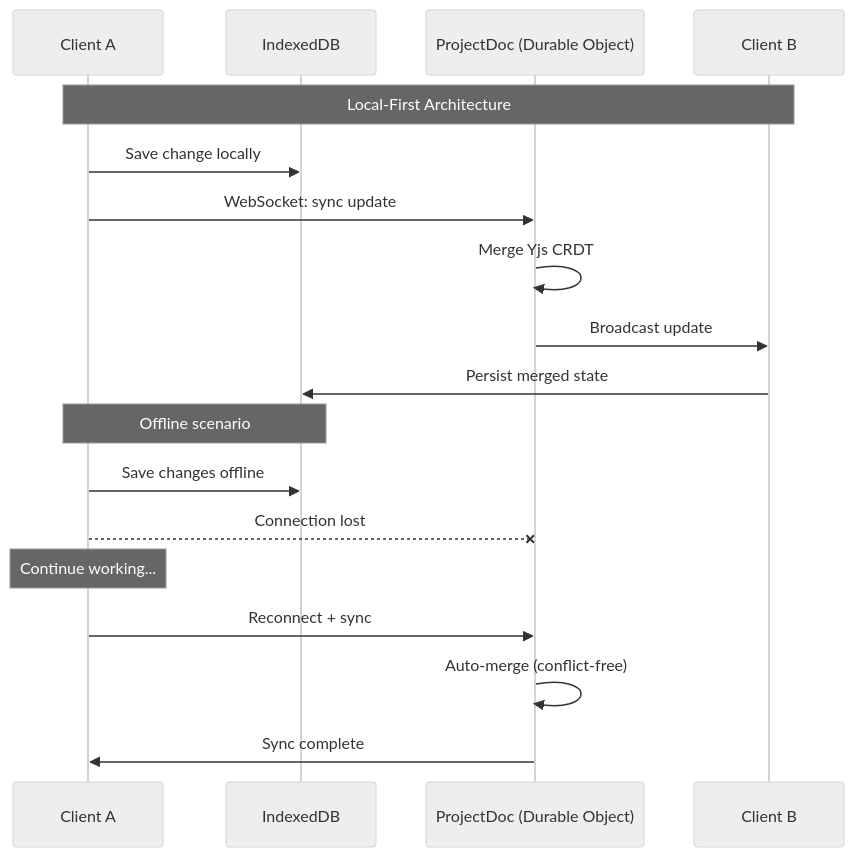
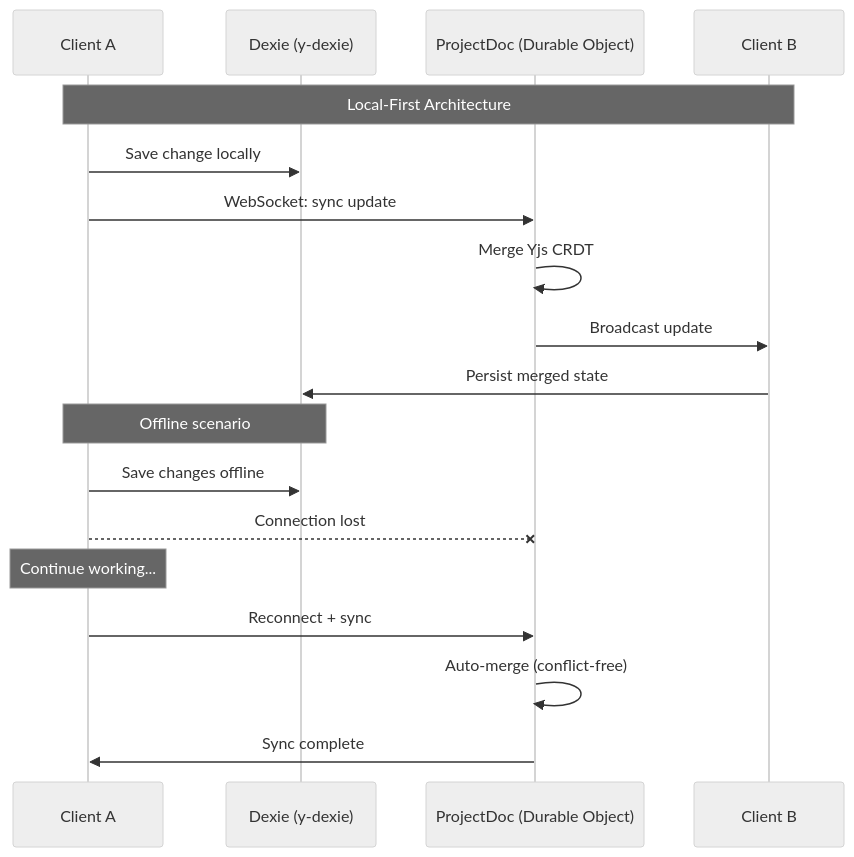
One commit to InfinityBowman/corates changed the diagram in packages/docs/architecture/diagrams/03-sync-flow.md. Above: the diagram before and after it, drawn with Mermaid (neutral theme). The commit also changed other lines of this file and 12 other files, not shown here.

````diff
--- a/packages/docs/architecture/diagrams/03-sync-flow.md
+++ b/packages/docs/architecture/diagrams/03-sync-flow.md
@@ -5,23 +5,23 @@
 ```mermaid
 sequenceDiagram
     participant Client1 as Client A
-    participant IDB as IndexedDB
+    participant Dexie as Dexie (y-dexie)
     participant DO as ProjectDoc (Durable Object)
     participant Client2 as Client B
 
     Note over Client1,Client2: Local-First Architecture
 
-    Client1->>IDB: Save change locally
+    Client1->>Dexie: Save change locally
     Client1->>DO: WebSocket: sync update
     DO->>DO: Merge Yjs CRDT
     DO->>Client2: Broadcast update
-    Client2->>IDB: Persist merged state
+    Client2->>Dexie: Persist merged state
 
-    Note over Client1,IDB: Offline scenario
-    Client1->>IDB: Save changes offline
+    Note over Client1,Dexie: Offline scenario
+    Client1->>Dexie: Save changes offline
     Client1--xDO: Connection lost
     Note over Client1: Continue working...
     Client1->>DO: Reconnect + sync
     DO->>DO: Auto-merge (conflict-free)
     DO->>Client1: Sync complete
 ```
````
